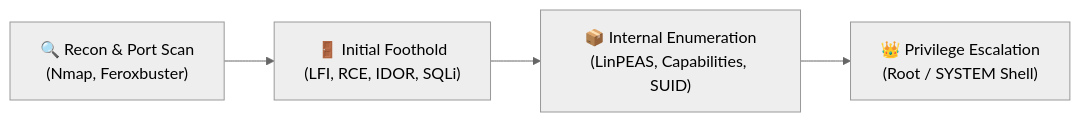
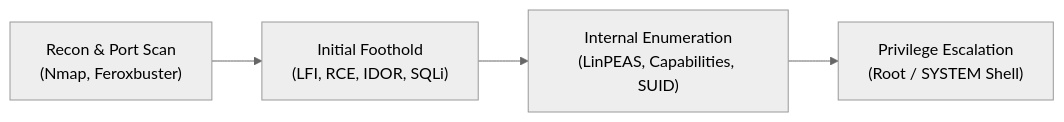
The diagram in write-ups/README.md (JuliCC07/MyCiberPath), drawn with Mermaid (neutral theme) before and after one commit. The commit also changed other lines of this file and 31 other files, not shown here.

````diff
--- a/write-ups/README.md
+++ b/write-ups/README.md
@@ -66,6 +47,6 @@
 ```mermaid
 flowchart LR
-    A["🔍 Recon & Port Scan<br/>(Nmap, Feroxbuster)"] --> B["🚪 Initial Foothold<br/>(LFI, RCE, IDOR, SQLi)"]
-    B --> C["📦 Internal Enumeration<br/>(LinPEAS, Capabilities, SUID)"]
-    C --> D["👑 Privilege Escalation<br/>(Root / SYSTEM Shell)"]
+    A["Recon & Port Scan<br/>(Nmap, Feroxbuster)"] --> B["Initial Foothold<br/>(LFI, RCE, IDOR, SQLi)"]
+    B --> C["Internal Enumeration<br/>(LinPEAS, Capabilities, SUID)"]
+    C --> D["Privilege Escalation<br/>(Root / SYSTEM Shell)"]
 ```
````
